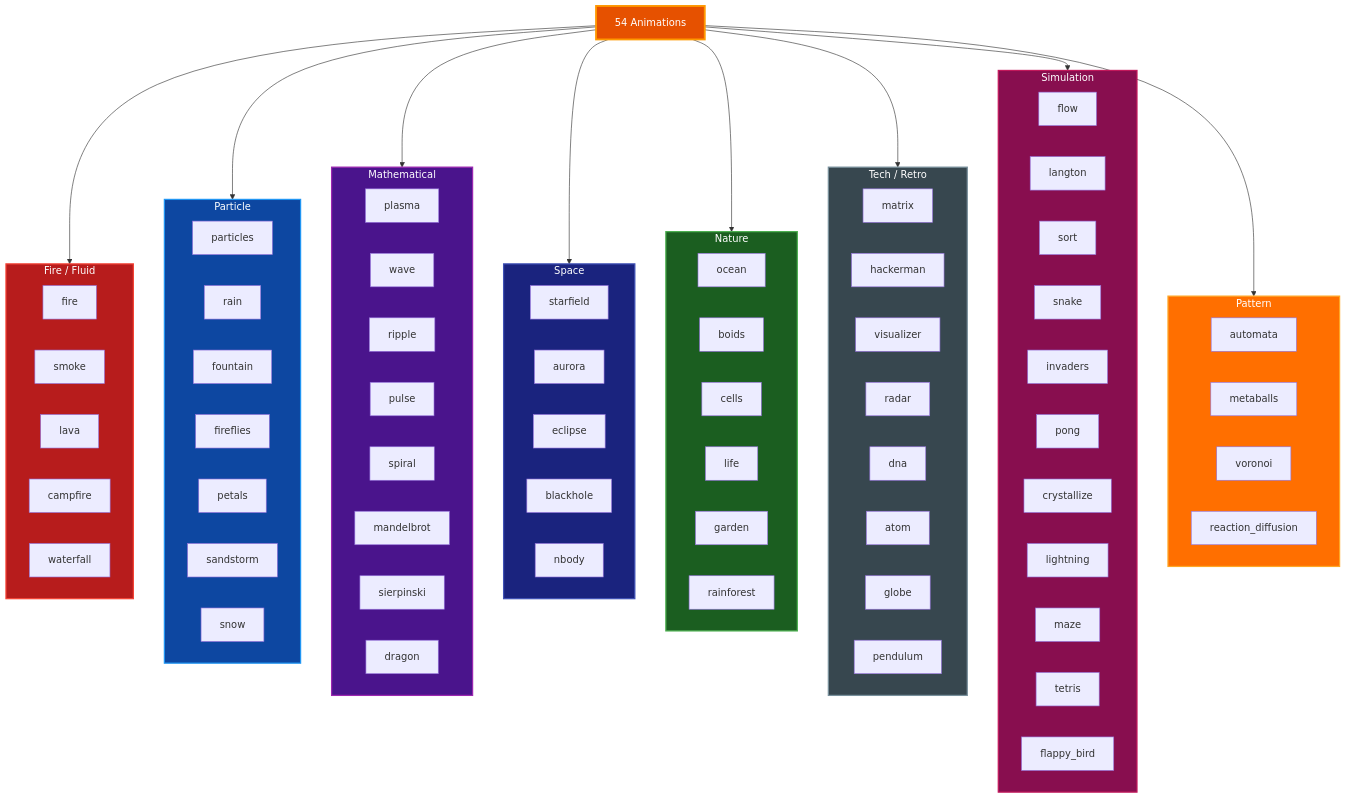
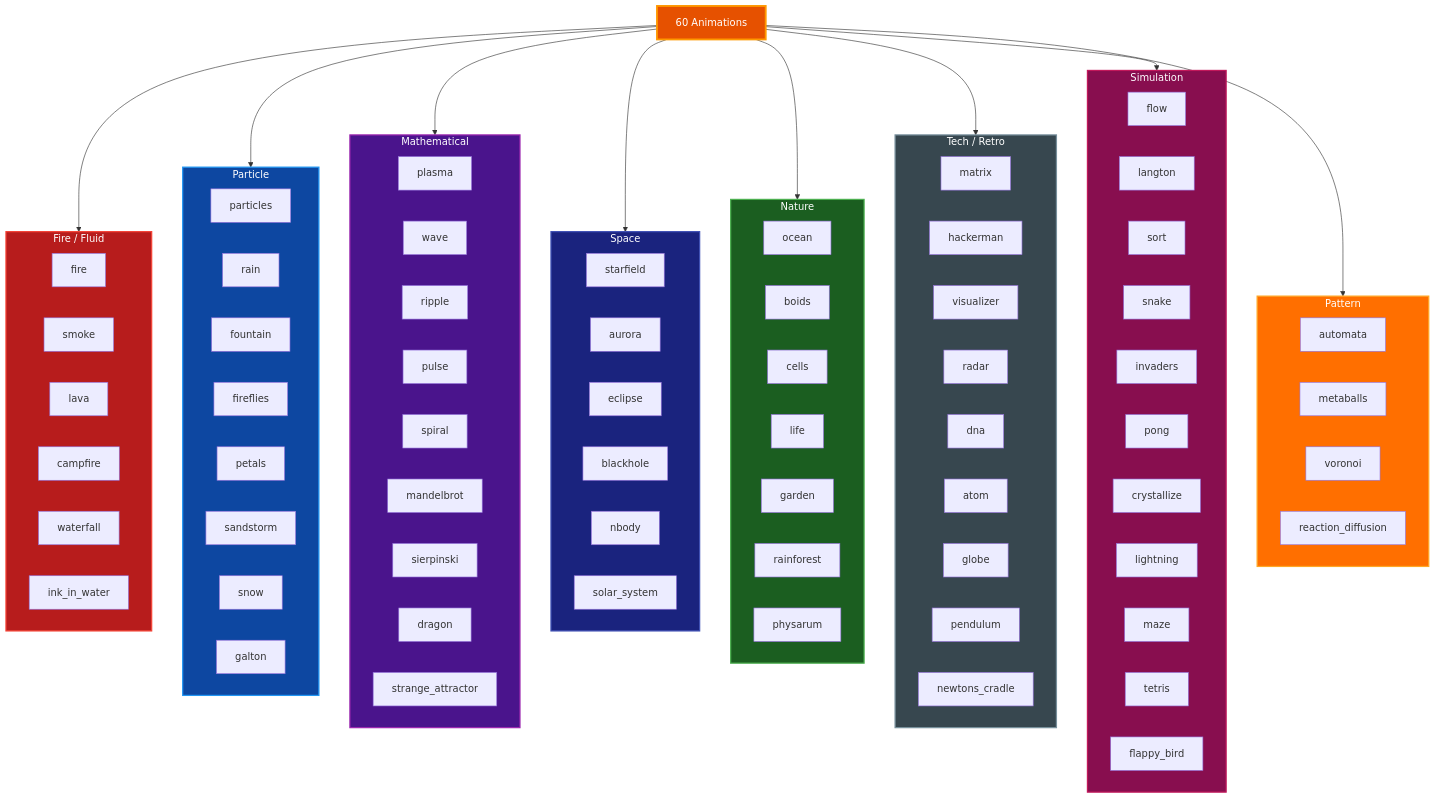
Diagram 12 of 14 in docs/ARCHITECTURE.md (paulrobello/termflix), drawn with Mermaid before and after one commit. The commit also changed other lines of this file and 2 other files, not shown here.

First line of the commit message:
docs: sync ARCHITECTURE.md, EXTERNAL_ANIMATION.md, README.md to v0.7.0

````diff
--- a/docs/ARCHITECTURE.md
+++ b/docs/ARCHITECTURE.md
@@ -747,55 +820,55 @@
 ```mermaid
 graph TD
-    CAT["54 Animations"]
+    CAT["60 Animations"]
 
     subgraph FIRE["Fire / Fluid"]
-        F1[fire] & F2[smoke] & F3[lava] & F4[campfire] & F5[waterfall]
+        F1[fire] & F2[smoke] & F3[lava] & F4[campfire] & F5[waterfall] & F6[ink_in_water]
     end
 
     subgraph PART["Particle"]
-        P1[particles] & P2[rain] & P3[fountain] & P4[fireflies] & P5[petals] & P6[sandstorm] & P7[snow]
+        P1[particles] & P2[rain] & P3[fountain] & P4[fireflies] & P5[petals] & P6[sandstorm] & P7[snow] & P8[galton]
     end
 
     subgraph MATH["Mathematical"]
-        M1[plasma] & M2[wave] & M3[ripple] & M4[pulse] & M5[spiral] & M6[mandelbrot] & M7[sierpinski] & M8[dragon]
+        M1[plasma] & M2[wave] & M3[ripple] & M4[pulse] & M5[spiral] & M6[mandelbrot] & M7[sierpinski] & M8[dragon] & M9[strange_attractor]
     end
 
     subgraph SPACE["Space"]
-        S1[starfield] & S2[aurora] & S3[eclipse] & S4[blackhole] & S5[nbody]
+        S1[starfield] & S2[aurora] & S3[eclipse] & S4[blackhole] & S5[nbody] & S6[solar_system]
     end
 
     subgraph NATURE["Nature"]
-        N1[ocean] & N2[boids] & N3[cells] & N4[life] & N5[garden] & N6[rainforest]
+        N1[ocean] & N2[boids] & N3[cells] & N4[life] & N5[garden] & N6[rainforest] & N7[physarum]
     end
 
     subgraph TECH["Tech / Retro"]
-        T1[matrix] & T2[hackerman] & T3[visualizer] & T4[radar] & T5[dna] & T6[atom] & T7[globe] & T8[pendulum]
+        T1[matrix] & T2[hackerman] & T3[visualizer] & T4[radar] & T5[dna] & T6[atom] & T7[globe] & T8[pendulum] & T9[newtons_cradle]
     end
 
     subgraph SIM["Simulation"]
         SI1[flow] & SI2[langton] & SI3[sort] & SI4[snake] & SI5[invaders] & SI6[pong] & SI7[crystallize] & SI8[lightning] & SI9[maze] & SI10[tetris] & SI11[flappy_bird]
     end
 
     subgraph PATTERN["Pattern"]
         PA1[automata] & PA2[metaballs] & PA3[voronoi] & PA4[reaction_diffusion]
     end
 
     CAT --> FIRE
     CAT --> PART
     CAT --> MATH
     CAT --> SPACE
     CAT --> NATURE
     CAT --> TECH
     CAT --> SIM
     CAT --> PATTERN
 
     style CAT fill:#e65100,stroke:#ff9800,stroke-width:3px,color:#ffffff
     style FIRE fill:#b71c1c,stroke:#f44336,stroke-width:2px,color:#ffffff
     style PART fill:#0d47a1,stroke:#2196f3,stroke-width:2px,color:#ffffff
     style MATH fill:#4a148c,stroke:#9c27b0,stroke-width:2px,color:#ffffff
     style SPACE fill:#1a237e,stroke:#3f51b5,stroke-width:2px,color:#ffffff
     style NATURE fill:#1b5e20,stroke:#4caf50,stroke-width:2px,color:#ffffff
     style TECH fill:#37474f,stroke:#78909c,stroke-width:2px,color:#ffffff
     style SIM fill:#880e4f,stroke:#c2185b,stroke-width:2px,color:#ffffff
     style PATTERN fill:#ff6f00,stroke:#ffa726,stroke-width:2px,color:#ffffff
 ```
````
